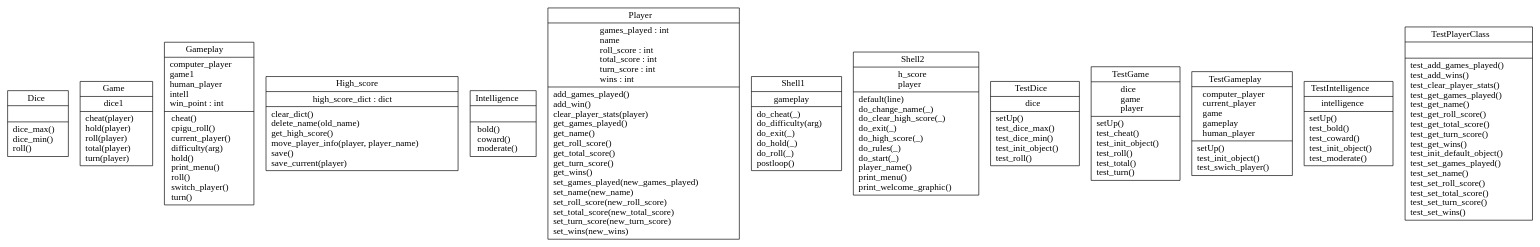
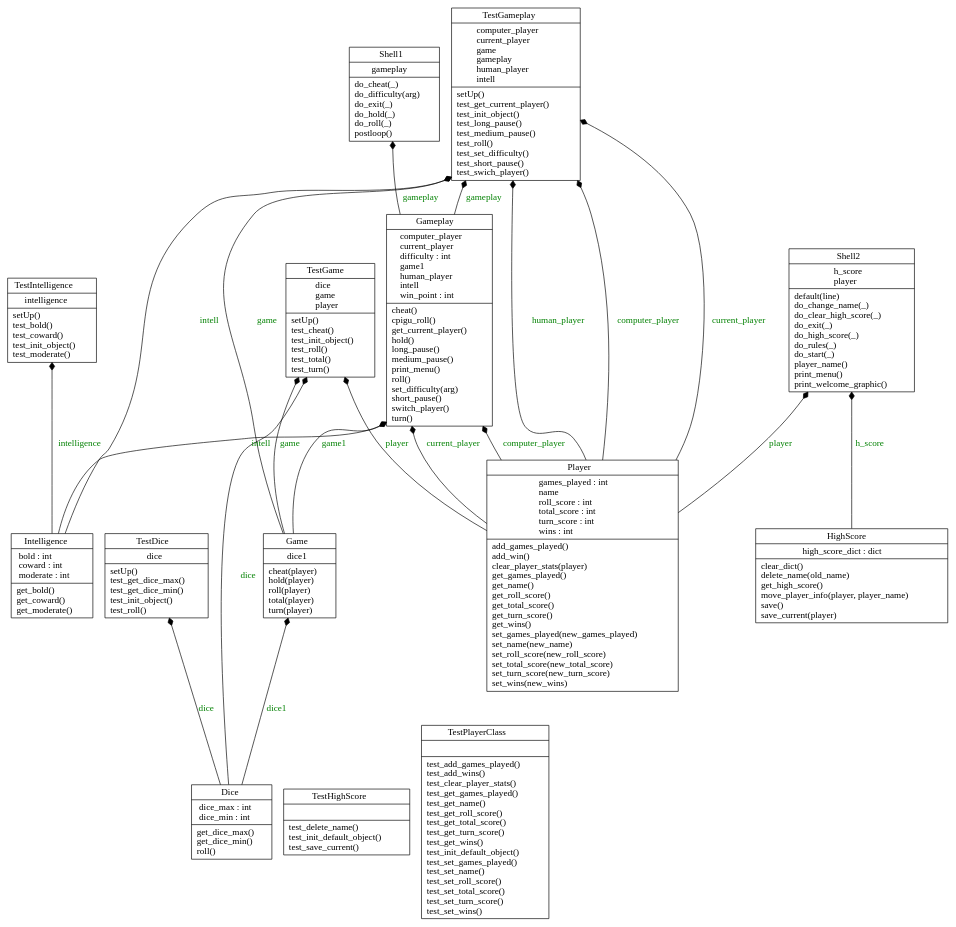
The diagram in classes.dot (olofthornell/PigDiceGame), drawn with Graphviz before and after one commit. The commit also changed 1 other file, not shown here.

```diff
--- a/classes.dot
+++ b/classes.dot
@@ -1,17 +1,37 @@
 digraph "classes" {
 rankdir=BT
 charset="utf-8"
-"game.dice.Dice" [color="black", fontcolor="black", label=<{Dice|<br ALIGN="LEFT"/>|dice_max()<br ALIGN="LEFT"/>dice_min()<br ALIGN="LEFT"/>roll()<br ALIGN="LEFT"/>}>, shape="record", style="solid"];
-"game.game.Game" [color="black", fontcolor="black", label=<{Game|dice1<br ALIGN="LEFT"/>|cheat(player)<br ALIGN="LEFT"/>hold(player)<br ALIGN="LEFT"/>roll(player)<br ALIGN="LEFT"/>total(player)<br ALIGN="LEFT"/>turn(player)<br ALIGN="LEFT"/>}>, shape="record", style="solid"];
-"game.gameplay.Gameplay" [color="black", fontcolor="black", label=<{Gameplay|computer_player<br ALIGN="LEFT"/>game1<br ALIGN="LEFT"/>human_player<br ALIGN="LEFT"/>intell<br ALIGN="LEFT"/>win_point : int<br ALIGN="LEFT"/>|cheat()<br ALIGN="LEFT"/>cpigu_roll()<br ALIGN="LEFT"/>current_player()<br ALIGN="LEFT"/>difficulty(arg)<br ALIGN="LEFT"/>hold()<br ALIGN="LEFT"/>print_menu()<br ALIGN="LEFT"/>roll()<br ALIGN="LEFT"/>switch_player()<br ALIGN="LEFT"/>turn()<br ALIGN="LEFT"/>}>, shape="record", style="solid"];
-"game.high_score.High_score" [color="black", fontcolor="black", label=<{High_score|high_score_dict : dict<br ALIGN="LEFT"/>|clear_dict()<br ALIGN="LEFT"/>delete_name(old_name)<br ALIGN="LEFT"/>get_high_score()<br ALIGN="LEFT"/>move_player_info(player, player_name)<br ALIGN="LEFT"/>save()<br ALIGN="LEFT"/>save_current(player)<br ALIGN="LEFT"/>}>, shape="record", style="solid"];
-"game.intelligence.Intelligence" [color="black", fontcolor="black", label=<{Intelligence|<br ALIGN="LEFT"/>|bold()<br ALIGN="LEFT"/>coward()<br ALIGN="LEFT"/>moderate()<br ALIGN="LEFT"/>}>, shape="record", style="solid"];
-"game.player.Player" [color="black", fontcolor="black", label=<{Player|games_played : int<br ALIGN="LEFT"/>name<br ALIGN="LEFT"/>roll_score : int<br ALIGN="LEFT"/>total_score : int<br ALIGN="LEFT"/>turn_score : int<br ALIGN="LEFT"/>wins : int<br ALIGN="LEFT"/>|add_games_played()<br ALIGN="LEFT"/>add_win()<br ALIGN="LEFT"/>clear_player_stats(player)<br ALIGN="LEFT"/>get_games_played()<br ALIGN="LEFT"/>get_name()<br ALIGN="LEFT"/>get_roll_score()<br ALIGN="LEFT"/>get_total_score()<br ALIGN="LEFT"/>get_turn_score()<br ALIGN="LEFT"/>get_wins()<br ALIGN="LEFT"/>set_games_played(new_games_played)<br ALIGN="LEFT"/>set_name(new_name)<br ALIGN="LEFT"/>set_roll_score(new_roll_score)<br ALIGN="LEFT"/>set_total_score(new_total_score)<br ALIGN="LEFT"/>set_turn_score(new_turn_score)<br ALIGN="LEFT"/>set_wins(new_wins)<br ALIGN="LEFT"/>}>, shape="record", style="solid"];
-"game.shell1.Shell1" [color="black", fontcolor="black", label=<{Shell1|gameplay<br ALIGN="LEFT"/>|do_cheat(_)<br ALIGN="LEFT"/>do_difficulty(arg)<br ALIGN="LEFT"/>do_exit(_)<br ALIGN="LEFT"/>do_hold(_)<br ALIGN="LEFT"/>do_roll(_)<br ALIGN="LEFT"/>postloop()<br ALIGN="LEFT"/>}>, shape="record", style="solid"];
-"game.shell2.Shell2" [color="black", fontcolor="black", label=<{Shell2|h_score<br ALIGN="LEFT"/>player<br ALIGN="LEFT"/>|default(line)<br ALIGN="LEFT"/>do_change_name(_)<br ALIGN="LEFT"/>do_clear_high_score(_)<br ALIGN="LEFT"/>do_exit(_)<br ALIGN="LEFT"/>do_high_score(_)<br ALIGN="LEFT"/>do_rules(_)<br ALIGN="LEFT"/>do_start(_)<br ALIGN="LEFT"/>player_name()<br ALIGN="LEFT"/>print_menu()<br ALIGN="LEFT"/>print_welcome_graphic()<br ALIGN="LEFT"/>}>, shape="record", style="solid"];
-"game.test_dice.TestDice" [color="black", fontcolor="black", label=<{TestDice|dice<br ALIGN="LEFT"/>|setUp()<br ALIGN="LEFT"/>test_dice_max()<br ALIGN="LEFT"/>test_dice_min()<br ALIGN="LEFT"/>test_init_object()<br ALIGN="LEFT"/>test_roll()<br ALIGN="LEFT"/>}>, shape="record", style="solid"];
-"game.test_game.TestGame" [color="black", fontcolor="black", label=<{TestGame|dice<br ALIGN="LEFT"/>game<br ALIGN="LEFT"/>player<br ALIGN="LEFT"/>|setUp()<br ALIGN="LEFT"/>test_cheat()<br ALIGN="LEFT"/>test_init_object()<br ALIGN="LEFT"/>test_roll()<br ALIGN="LEFT"/>test_total()<br ALIGN="LEFT"/>test_turn()<br ALIGN="LEFT"/>}>, shape="record", style="solid"];
-"game.test_gameplay.TestGameplay" [color="black", fontcolor="black", label=<{TestGameplay|computer_player<br ALIGN="LEFT"/>current_player<br ALIGN="LEFT"/>game<br ALIGN="LEFT"/>gameplay<br ALIGN="LEFT"/>human_player<br ALIGN="LEFT"/>|setUp()<br ALIGN="LEFT"/>test_init_object()<br ALIGN="LEFT"/>test_swich_player()<br ALIGN="LEFT"/>}>, shape="record", style="solid"];
-"game.test_intelligence.TestIntelligence" [color="black", fontcolor="black", label=<{TestIntelligence|intelligence<br ALIGN="LEFT"/>|setUp()<br ALIGN="LEFT"/>test_bold()<br ALIGN="LEFT"/>test_coward()<br ALIGN="LEFT"/>test_init_object()<br ALIGN="LEFT"/>test_moderate()<br ALIGN="LEFT"/>}>, shape="record", style="solid"];
-"game.test_player.TestPlayerClass" [color="black", fontcolor="black", label=<{TestPlayerClass|<br ALIGN="LEFT"/>|test_add_games_played()<br ALIGN="LEFT"/>test_add_wins()<br ALIGN="LEFT"/>test_clear_player_stats()<br ALIGN="LEFT"/>test_get_games_played()<br ALIGN="LEFT"/>test_get_name()<br ALIGN="LEFT"/>test_get_roll_score()<br ALIGN="LEFT"/>test_get_total_score()<br ALIGN="LEFT"/>test_get_turn_score()<br ALIGN="LEFT"/>test_get_wins()<br ALIGN="LEFT"/>test_init_default_object()<br ALIGN="LEFT"/>test_set_games_played()<br ALIGN="LEFT"/>test_set_name()<br ALIGN="LEFT"/>test_set_roll_score()<br ALIGN="LEFT"/>test_set_total_score()<br ALIGN="LEFT"/>test_set_turn_score()<br ALIGN="LEFT"/>test_set_wins()<br ALIGN="LEFT"/>}>, shape="record", style="solid"];
+"pig.dice.Dice" [color="black", fontcolor="black", label=<{Dice|dice_max : int<br ALIGN="LEFT"/>dice_min : int<br ALIGN="LEFT"/>|get_dice_max()<br ALIGN="LEFT"/>get_dice_min()<br ALIGN="LEFT"/>roll()<br ALIGN="LEFT"/>}>, shape="record", style="solid"];
+"pig.game.Game" [color="black", fontcolor="black", label=<{Game|dice1<br ALIGN="LEFT"/>|cheat(player)<br ALIGN="LEFT"/>hold(player)<br ALIGN="LEFT"/>roll(player)<br ALIGN="LEFT"/>total(player)<br ALIGN="LEFT"/>turn(player)<br ALIGN="LEFT"/>}>, shape="record", style="solid"];
+"pig.gameplay.Gameplay" [color="black", fontcolor="black", label=<{Gameplay|computer_player<br ALIGN="LEFT"/>current_player<br ALIGN="LEFT"/>difficulty : int<br ALIGN="LEFT"/>game1<br ALIGN="LEFT"/>human_player<br ALIGN="LEFT"/>intell<br ALIGN="LEFT"/>win_point : int<br ALIGN="LEFT"/>|cheat()<br ALIGN="LEFT"/>cpigu_roll()<br ALIGN="LEFT"/>get_current_player()<br ALIGN="LEFT"/>hold()<br ALIGN="LEFT"/>long_pause()<br ALIGN="LEFT"/>medium_pause()<br ALIGN="LEFT"/>print_menu()<br ALIGN="LEFT"/>roll()<br ALIGN="LEFT"/>set_difficulty(arg)<br ALIGN="LEFT"/>short_pause()<br ALIGN="LEFT"/>switch_player()<br ALIGN="LEFT"/>turn()<br ALIGN="LEFT"/>}>, shape="record", style="solid"];
+"pig.high_score.HighScore" [color="black", fontcolor="black", label=<{HighScore|high_score_dict : dict<br ALIGN="LEFT"/>|clear_dict()<br ALIGN="LEFT"/>delete_name(old_name)<br ALIGN="LEFT"/>get_high_score()<br ALIGN="LEFT"/>move_player_info(player, player_name)<br ALIGN="LEFT"/>save()<br ALIGN="LEFT"/>save_current(player)<br ALIGN="LEFT"/>}>, shape="record", style="solid"];
+"pig.intelligence.Intelligence" [color="black", fontcolor="black", label=<{Intelligence|bold : int<br ALIGN="LEFT"/>coward : int<br ALIGN="LEFT"/>moderate : int<br ALIGN="LEFT"/>|get_bold()<br ALIGN="LEFT"/>get_coward()<br ALIGN="LEFT"/>get_moderate()<br ALIGN="LEFT"/>}>, shape="record", style="solid"];
+"pig.player.Player" [color="black", fontcolor="black", label=<{Player|games_played : int<br ALIGN="LEFT"/>name<br ALIGN="LEFT"/>roll_score : int<br ALIGN="LEFT"/>total_score : int<br ALIGN="LEFT"/>turn_score : int<br ALIGN="LEFT"/>wins : int<br ALIGN="LEFT"/>|add_games_played()<br ALIGN="LEFT"/>add_win()<br ALIGN="LEFT"/>clear_player_stats(player)<br ALIGN="LEFT"/>get_games_played()<br ALIGN="LEFT"/>get_name()<br ALIGN="LEFT"/>get_roll_score()<br ALIGN="LEFT"/>get_total_score()<br ALIGN="LEFT"/>get_turn_score()<br ALIGN="LEFT"/>get_wins()<br ALIGN="LEFT"/>set_games_played(new_games_played)<br ALIGN="LEFT"/>set_name(new_name)<br ALIGN="LEFT"/>set_roll_score(new_roll_score)<br ALIGN="LEFT"/>set_total_score(new_total_score)<br ALIGN="LEFT"/>set_turn_score(new_turn_score)<br ALIGN="LEFT"/>set_wins(new_wins)<br ALIGN="LEFT"/>}>, shape="record", style="solid"];
+"pig.shell1.Shell1" [color="black", fontcolor="black", label=<{Shell1|gameplay<br ALIGN="LEFT"/>|do_cheat(_)<br ALIGN="LEFT"/>do_difficulty(arg)<br ALIGN="LEFT"/>do_exit(_)<br ALIGN="LEFT"/>do_hold(_)<br ALIGN="LEFT"/>do_roll(_)<br ALIGN="LEFT"/>postloop()<br ALIGN="LEFT"/>}>, shape="record", style="solid"];
+"pig.shell2.Shell2" [color="black", fontcolor="black", label=<{Shell2|h_score<br ALIGN="LEFT"/>player<br ALIGN="LEFT"/>|default(line)<br ALIGN="LEFT"/>do_change_name(_)<br ALIGN="LEFT"/>do_clear_high_score(_)<br ALIGN="LEFT"/>do_exit(_)<br ALIGN="LEFT"/>do_high_score(_)<br ALIGN="LEFT"/>do_rules(_)<br ALIGN="LEFT"/>do_start(_)<br ALIGN="LEFT"/>player_name()<br ALIGN="LEFT"/>print_menu()<br ALIGN="LEFT"/>print_welcome_graphic()<br ALIGN="LEFT"/>}>, shape="record", style="solid"];
+"pig.test_dice.TestDice" [color="black", fontcolor="black", label=<{TestDice|dice<br ALIGN="LEFT"/>|setUp()<br ALIGN="LEFT"/>test_get_dice_max()<br ALIGN="LEFT"/>test_get_dice_min()<br ALIGN="LEFT"/>test_init_object()<br ALIGN="LEFT"/>test_roll()<br ALIGN="LEFT"/>}>, shape="record", style="solid"];
+"pig.test_game.TestGame" [color="black", fontcolor="black", label=<{TestGame|dice<br ALIGN="LEFT"/>game<br ALIGN="LEFT"/>player<br ALIGN="LEFT"/>|setUp()<br ALIGN="LEFT"/>test_cheat()<br ALIGN="LEFT"/>test_init_object()<br ALIGN="LEFT"/>test_roll()<br ALIGN="LEFT"/>test_total()<br ALIGN="LEFT"/>test_turn()<br ALIGN="LEFT"/>}>, shape="record", style="solid"];
+"pig.test_gameplay.TestGameplay" [color="black", fontcolor="black", label=<{TestGameplay|computer_player<br ALIGN="LEFT"/>current_player<br ALIGN="LEFT"/>game<br ALIGN="LEFT"/>gameplay<br ALIGN="LEFT"/>human_player<br ALIGN="LEFT"/>intell<br ALIGN="LEFT"/>|setUp()<br ALIGN="LEFT"/>test_get_current_player()<br ALIGN="LEFT"/>test_init_object()<br ALIGN="LEFT"/>test_long_pause()<br ALIGN="LEFT"/>test_medium_pause()<br ALIGN="LEFT"/>test_roll()<br ALIGN="LEFT"/>test_set_difficulty()<br ALIGN="LEFT"/>test_short_pause()<br ALIGN="LEFT"/>test_swich_player()<br ALIGN="LEFT"/>}>, shape="record", style="solid"];
+"pig.test_high_score.TestHighScore" [color="black", fontcolor="black", label=<{TestHighScore|<br ALIGN="LEFT"/>|test_delete_name()<br ALIGN="LEFT"/>test_init_default_object()<br ALIGN="LEFT"/>test_save_current()<br ALIGN="LEFT"/>}>, shape="record", style="solid"];
+"pig.test_intelligence.TestIntelligence" [color="black", fontcolor="black", label=<{TestIntelligence|intelligence<br ALIGN="LEFT"/>|setUp()<br ALIGN="LEFT"/>test_bold()<br ALIGN="LEFT"/>test_coward()<br ALIGN="LEFT"/>test_init_object()<br ALIGN="LEFT"/>test_moderate()<br ALIGN="LEFT"/>}>, shape="record", style="solid"];
+"pig.test_player.TestPlayerClass" [color="black", fontcolor="black", label=<{TestPlayerClass|<br ALIGN="LEFT"/>|test_add_games_played()<br ALIGN="LEFT"/>test_add_wins()<br ALIGN="LEFT"/>test_clear_player_stats()<br ALIGN="LEFT"/>test_get_games_played()<br ALIGN="LEFT"/>test_get_name()<br ALIGN="LEFT"/>test_get_roll_score()<br ALIGN="LEFT"/>test_get_total_score()<br ALIGN="LEFT"/>test_get_turn_score()<br ALIGN="LEFT"/>test_get_wins()<br ALIGN="LEFT"/>test_init_default_object()<br ALIGN="LEFT"/>test_set_games_played()<br ALIGN="LEFT"/>test_set_name()<br ALIGN="LEFT"/>test_set_roll_score()<br ALIGN="LEFT"/>test_set_total_score()<br ALIGN="LEFT"/>test_set_turn_score()<br ALIGN="LEFT"/>test_set_wins()<br ALIGN="LEFT"/>}>, shape="record", style="solid"];
+"pig.dice.Dice" -> "pig.game.Game" [arrowhead="diamond", arrowtail="none", fontcolor="green", label="dice1", style="solid"];
+"pig.dice.Dice" -> "pig.test_dice.TestDice" [arrowhead="diamond", arrowtail="none", fontcolor="green", label="dice", style="solid"];
+"pig.dice.Dice" -> "pig.test_game.TestGame" [arrowhead="diamond", arrowtail="none", fontcolor="green", label="dice", style="solid"];
+"pig.game.Game" -> "pig.gameplay.Gameplay" [arrowhead="diamond", arrowtail="none", fontcolor="green", label="game1", style="solid"];
+"pig.game.Game" -> "pig.test_game.TestGame" [arrowhead="diamond", arrowtail="none", fontcolor="green", label="game", style="solid"];
+"pig.game.Game" -> "pig.test_gameplay.TestGameplay" [arrowhead="diamond", arrowtail="none", fontcolor="green", label="game", style="solid"];
+"pig.gameplay.Gameplay" -> "pig.shell1.Shell1" [arrowhead="diamond", arrowtail="none", fontcolor="green", label="gameplay", style="solid"];
+"pig.gameplay.Gameplay" -> "pig.test_gameplay.TestGameplay" [arrowhead="diamond", arrowtail="none", fontcolor="green", label="gameplay", style="solid"];
+"pig.high_score.HighScore" -> "pig.shell2.Shell2" [arrowhead="diamond", arrowtail="none", fontcolor="green", label="h_score", style="solid"];
+"pig.intelligence.Intelligence" -> "pig.gameplay.Gameplay" [arrowhead="diamond", arrowtail="none", fontcolor="green", label="intell", style="solid"];
+"pig.intelligence.Intelligence" -> "pig.test_gameplay.TestGameplay" [arrowhead="diamond", arrowtail="none", fontcolor="green", label="intell", style="solid"];
+"pig.intelligence.Intelligence" -> "pig.test_intelligence.TestIntelligence" [arrowhead="diamond", arrowtail="none", fontcolor="green", label="intelligence", style="solid"];
+"pig.player.Player" -> "pig.gameplay.Gameplay" [arrowhead="diamond", arrowtail="none", fontcolor="green", label="computer_player", style="solid"];
+"pig.player.Player" -> "pig.gameplay.Gameplay" [arrowhead="diamond", arrowtail="none", fontcolor="green", label="current_player", style="solid"];
+"pig.player.Player" -> "pig.shell2.Shell2" [arrowhead="diamond", arrowtail="none", fontcolor="green", label="player", style="solid"];
+"pig.player.Player" -> "pig.test_game.TestGame" [arrowhead="diamond", arrowtail="none", fontcolor="green", label="player", style="solid"];
+"pig.player.Player" -> "pig.test_gameplay.TestGameplay" [arrowhead="diamond", arrowtail="none", fontcolor="green", label="human_player", style="solid"];
+"pig.player.Player" -> "pig.test_gameplay.TestGameplay" [arrowhead="diamond", arrowtail="none", fontcolor="green", label="computer_player", style="solid"];
+"pig.player.Player" -> "pig.test_gameplay.TestGameplay" [arrowhead="diamond", arrowtail="none", fontcolor="green", label="current_player", style="solid"];
 }
```
